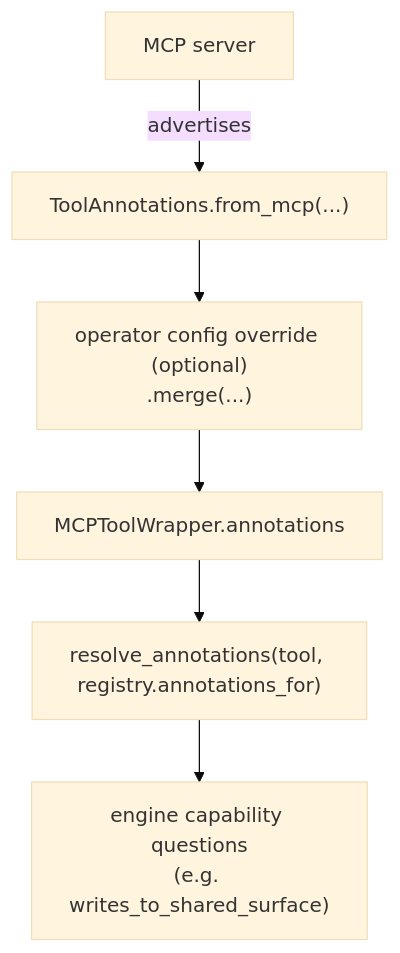
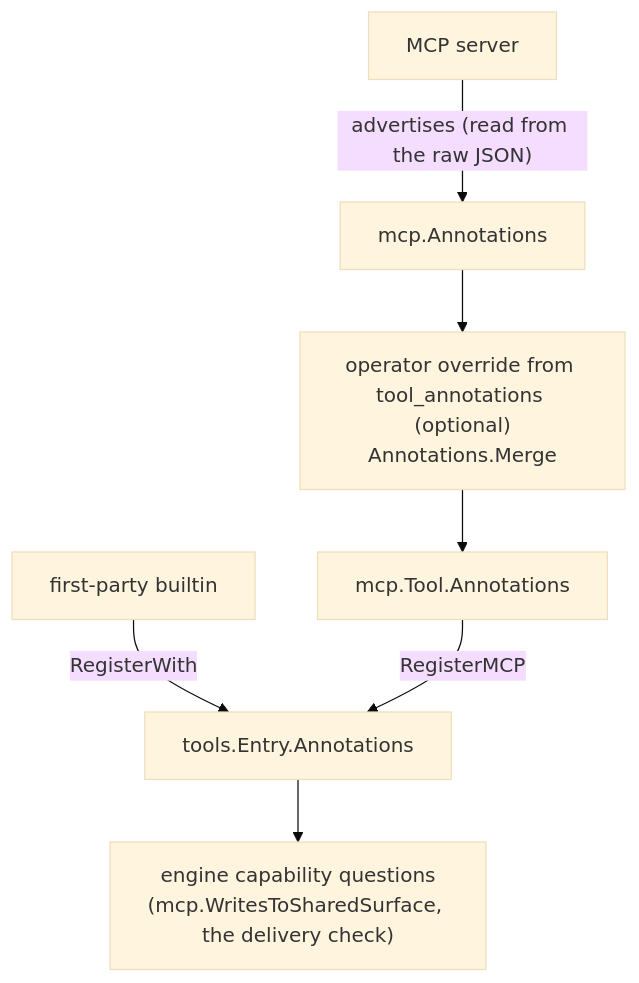
The diagram in docs/concepts/tool-capabilities.md (crewlet/crewlet), drawn with Mermaid (base theme) before and after one commit. The commit also changed other lines of this file, not shown here.

First line of the commit message:
docs(concepts): describe tool annotations with the Go types

````diff
--- a/docs/concepts/tool-capabilities.md
+++ b/docs/concepts/tool-capabilities.md
@@ -56,8 +57,9 @@
 ```mermaid
 flowchart TD
-    MCP["MCP server"] -->|advertises| ANN["ToolAnnotations.from_mcp(...)"]
-    ANN --> OVR["operator config override (optional)<br/>.merge(...)"]
-    OVR --> WRAP["MCPToolWrapper.annotations"]
-    WRAP --> RES["resolve_annotations(tool, registry.annotations_for)"]
-    RES --> Q["engine capability questions<br/>(e.g. writes_to_shared_surface)"]
+    MCP["MCP server"] -->|"advertises (read from the raw JSON)"| ANN["mcp.Annotations"]
+    ANN --> OVR["operator override from tool_annotations (optional)<br/>Annotations.Merge"]
+    OVR --> WRAP["mcp.Tool.Annotations"]
+    BUILTIN["first-party builtin"] -->|RegisterWith| ENTRY
+    WRAP -->|RegisterMCP| ENTRY["tools.Entry.Annotations"]
+    ENTRY --> Q["engine capability questions<br/>(mcp.WritesToSharedSurface, the delivery check)"]
 ```
````
